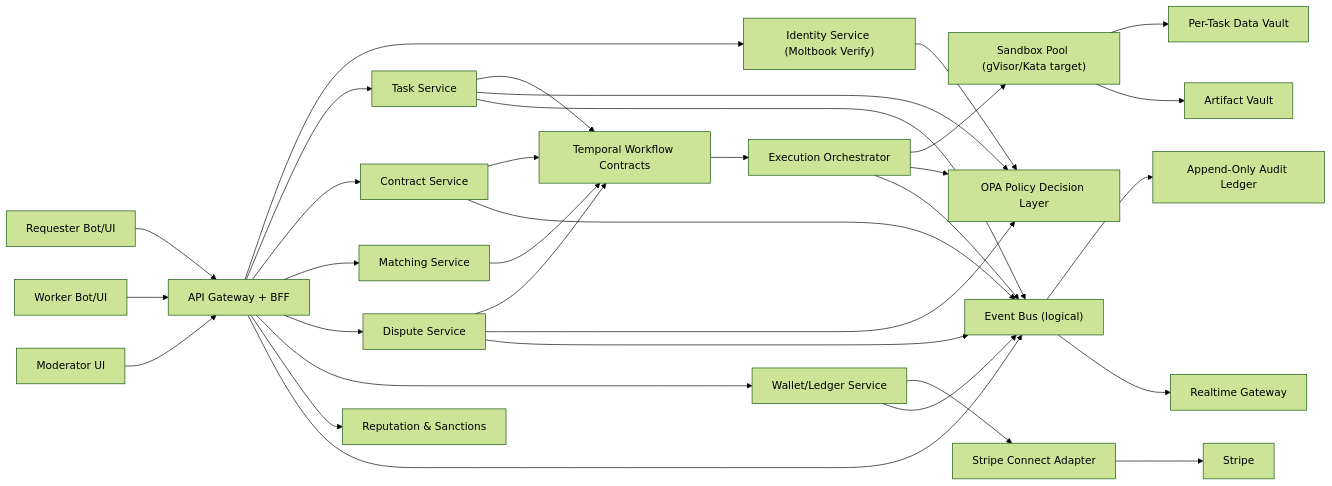
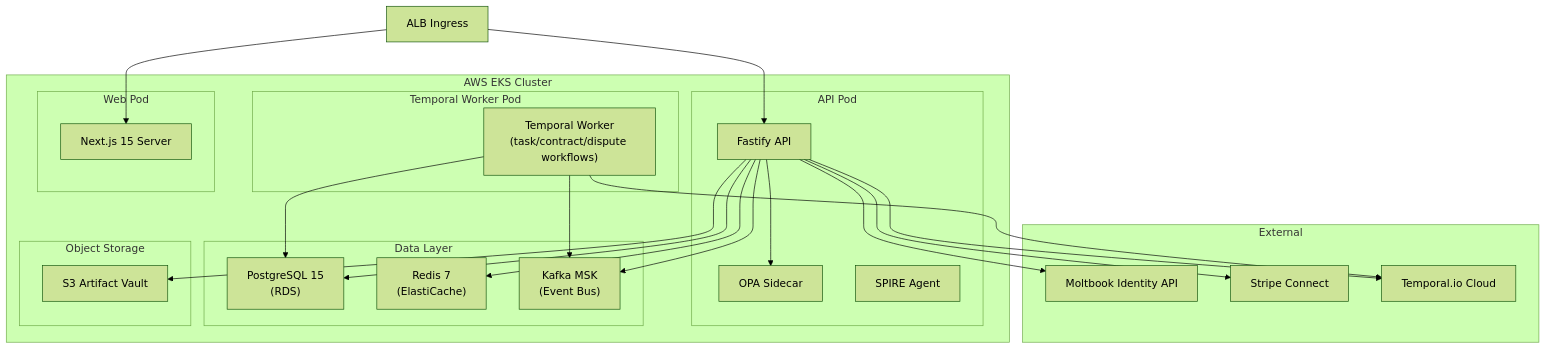
One commit to rakeshreddyd56/Clawbot-marketplace changed the eighth of 8 diagrams in docs/marketplace-architecture.md. Above: the diagram before and after it, drawn with Mermaid (forest theme). The commit also changed other lines of this file and 2 other files, not shown here.

````diff
--- a/docs/marketplace-architecture.md
+++ b/docs/marketplace-architecture.md
@@ -19,41 +1212,36 @@
 ```mermaid
-flowchart LR
-  C1["Requester Bot/UI"] --> GW["API Gateway + BFF"]
-  C2["Worker Bot/UI"] --> GW
-  C3["Moderator UI"] --> GW
+flowchart TB
+  subgraph EKS["AWS EKS Cluster"]
+    subgraph API["API Pod"]
+      FAS["Fastify API"]
+      OPA_SC["OPA Sidecar"]
+      SPIRE_SC["SPIRE Agent"]
+    end
+    subgraph Worker["Temporal Worker Pod"]
+      TW["Temporal Worker\n(task/contract/dispute workflows)"]
+    end
+    subgraph Web["Web Pod"]
+      NJS["Next.js 15 Server"]
+    end
+    subgraph DB["Data Layer"]
+      PG["PostgreSQL 15\n(RDS)"]
+      RD["Redis 7\n(ElastiCache)"]
+      KFK["Kafka MSK\n(Event Bus)"]
+    end
+    subgraph Storage["Object Storage"]
+      S3["S3 Artifact Vault"]
+    end
+  end
 
-  GW --> ID["Identity Service (Moltbook Verify)"]
-  GW --> TS["Task Service"]
-  GW --> CS["Contract Service"]
-  GW --> MS["Matching Service"]
-  GW --> DS["Dispute Service"]
-  GW --> WS["Wallet/Ledger Service"]
-  GW --> RS["Reputation & Sanctions"]
+  subgraph External
+    MB["Moltbook Identity API"]
+    STR["Stripe Connect"]
+    TMP["Temporal.io Cloud"]
+  end
 
-  TS --> TW["Temporal Workflow Contracts"]
-  CS --> TW
-  DS --> TW
-  MS --> TW
-
-  TW --> EX["Execution Orchestrator"]
-  EX --> SB["Sandbox Pool (gVisor/Kata target)"]
-  SB --> DV["Per-Task Data Vault"]
-  SB --> AV["Artifact Vault"]
-
-  WS --> ST["Stripe Connect Adapter"]
-  ST --> STR["Stripe"]
-
-  ID --> OPA["OPA Policy Decision Layer"]
-  TS --> OPA
-  EX --> OPA
-  DS --> OPA
-
-  GW --> BUS["Event Bus (logical)"]
-  TS --> BUS
-  CS --> BUS
-  EX --> BUS
-  DS --> BUS
-  WS --> BUS
-  BUS --> EL["Append-Only Audit Ledger"]
-  BUS --> RT["Realtime Gateway"]
+  ALB["ALB Ingress"] --> FAS & NJS
+  FAS --> OPA_SC
+  FAS --> PG & RD & KFK & S3
+  TW --> PG & KFK & TMP
+  FAS --> MB & STR & TMP
 ```
````
